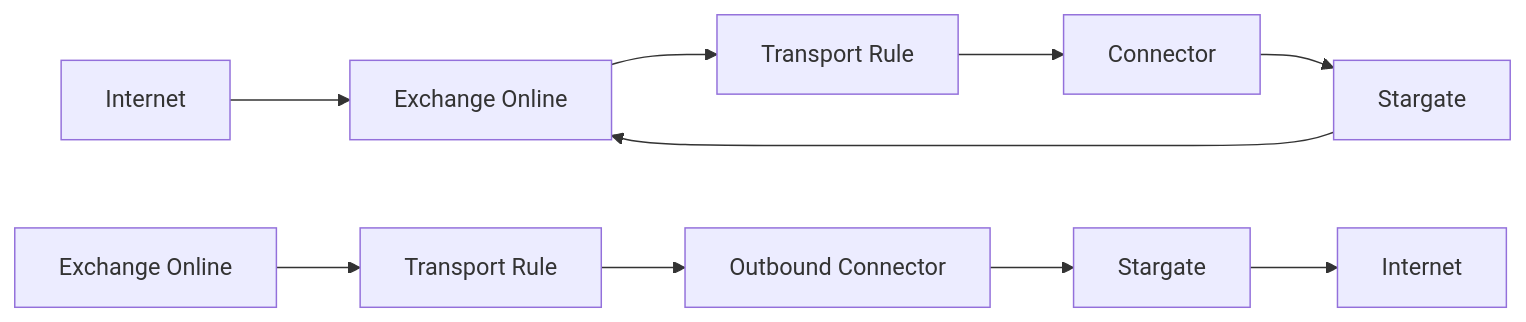
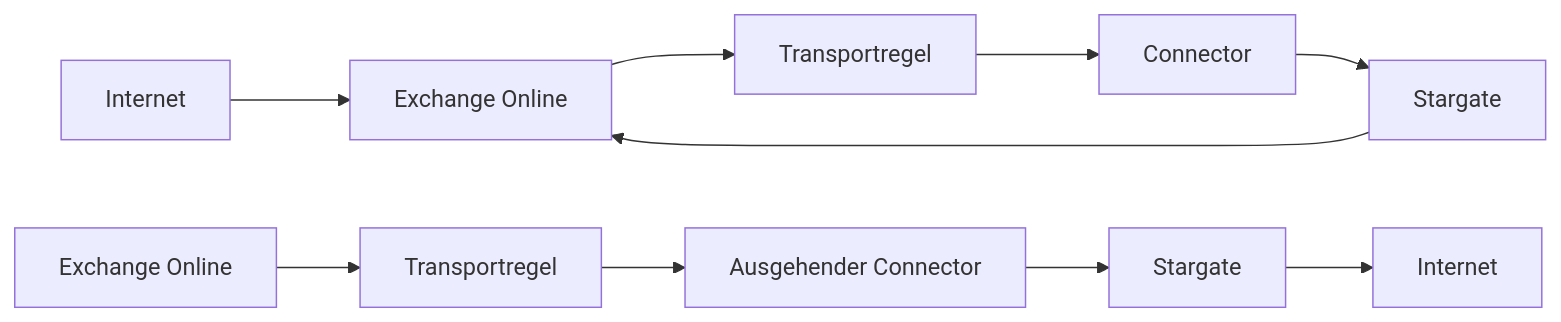
One commit to Health-Info-Net-AG/Stargate-deployment changed the second of 2 diagrams in docs/de/Exchange-integration.md. Above: the diagram before and after it, drawn with Mermaid. The commit also changed other lines of this file and 15 other files, not shown here.

````diff
--- a/docs/de/Exchange-integration.md
+++ b/docs/de/Exchange-integration.md
@@ -34,15 +34,15 @@
 ```mermaid
 flowchart LR
     I1 --> EO --> TR --> C --> S1 --> EO
     E2 --> TR2 --> OC --> S2 --> I2
     I1["Internet"]
     I2["Internet"]
     EO["Exchange Online"]
     E2["Exchange Online"]
-    TR["Transport Rule"]
-    TR2["Transport Rule"]
-    OC["Outbound Connector"]
+    TR["Transportregel"]
+    TR2["Transportregel"]
+    OC["Ausgehender Connector"]
     C["Connector"]
     S1["Stargate"]
     S2["Stargate"]
 ```
````
